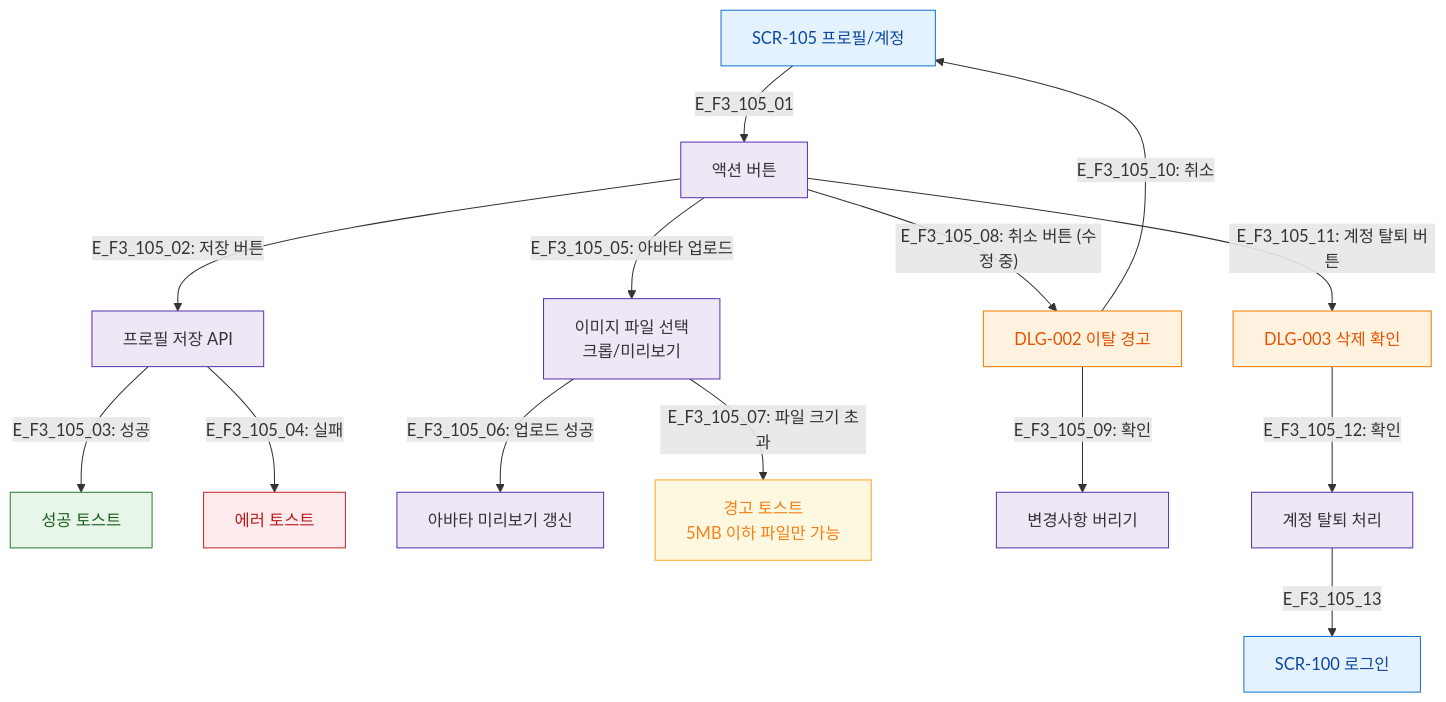
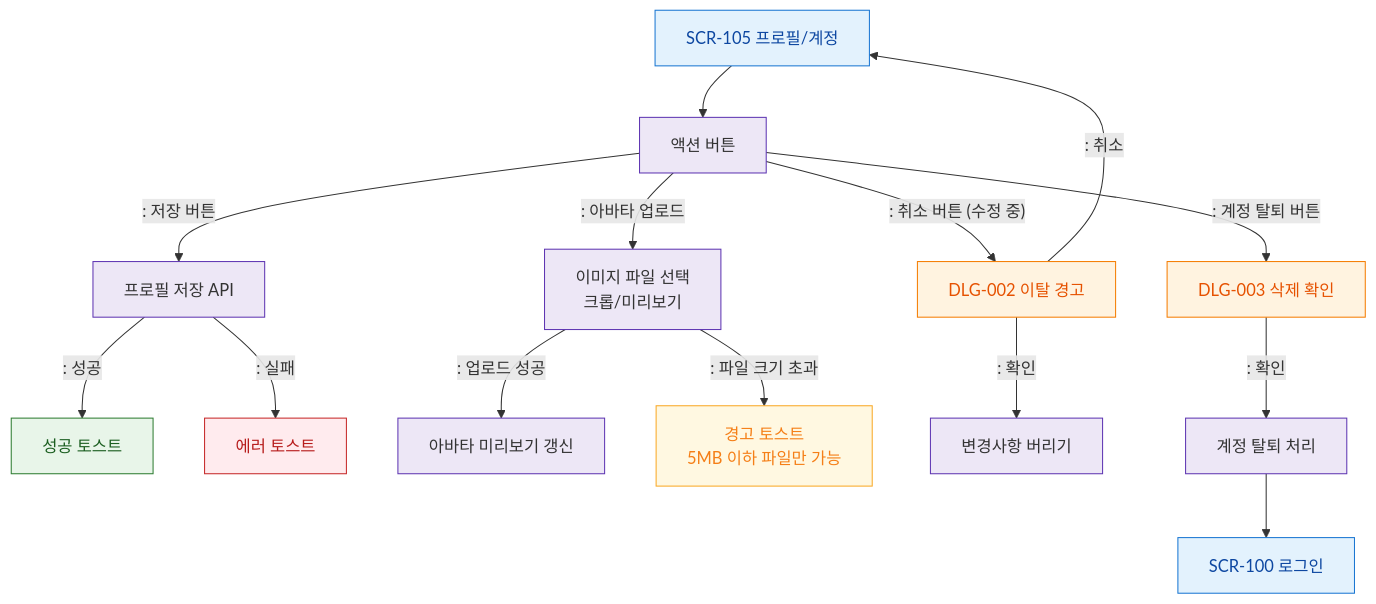
Before and after one commit to dev-spogym/admin-pando: the diagram in docs/다이어그램/D01_공통/SCR-105_프로필_계정/F3_버튼액션.md, drawn with Mermaid. The commit also changed other lines of this file and 1660 other files, not shown here.

First line of the commit message:
다이어그램: 기획자/클라이언트 납품본으로 정리

````diff
--- a/docs/다이어그램/D01_공통/SCR-105_프로필_계정/F3_버튼액션.md
+++ b/docs/다이어그램/D01_공통/SCR-105_프로필_계정/F3_버튼액션.md
@@ -19,33 +17,33 @@
 ```mermaid
 flowchart TD
-    SCR_105[SCR-105 프로필/계정] -->|E_F3_105_01| ACTIONS[액션 버튼]
+    SCR_105[SCR-105 프로필/계정] --> ACTIONS[액션 버튼]
 
-    ACTIONS -->|"E_F3_105_02: 저장 버튼"| SAVE_API[프로필 저장 API]
-    SAVE_API -->|"E_F3_105_03: 성공"| SUCCESS_TOAST[성공 토스트]
-    SAVE_API -->|"E_F3_105_04: 실패"| ERR_TOAST[에러 토스트]
+    ACTIONS -->|": 저장 버튼"|SAVE_API[프로필 저장 API]
+    SAVE_API -->|": 성공"|SUCCESS_TOAST[성공 토스트]
+    SAVE_API -->|": 실패"|ERR_TOAST[에러 토스트]
 
-    ACTIONS -->|"E_F3_105_05: 아바타 업로드"| UPLOAD[이미지 파일 선택\n크롭/미리보기]
-    UPLOAD -->|"E_F3_105_06: 업로드 성공"| PREVIEW[아바타 미리보기 갱신]
-    UPLOAD -->|"E_F3_105_07: 파일 크기 초과"| WARN_TOAST[경고 토스트\n5MB 이하 파일만 가능]
+    ACTIONS -->|": 아바타 업로드"|UPLOAD[이미지 파일 선택\n크롭/미리보기]
+    UPLOAD -->|": 업로드 성공"|PREVIEW[아바타 미리보기 갱신]
+    UPLOAD -->|": 파일 크기 초과"|WARN_TOAST[경고 토스트\n5MB 이하 파일만 가능]
 
-    ACTIONS -->|"E_F3_105_08: 취소 버튼 (수정 중)"| DLG_002[DLG-002 이탈 경고]
-    DLG_002 -->|"E_F3_105_09: 확인"| DISCARD[변경사항 버리기]
-    DLG_002 -->|"E_F3_105_10: 취소"| SCR_105
+    ACTIONS -->|": 취소 버튼 (수정 중)"|DLG_002[DLG-002 이탈 경고]
+    DLG_002 -->|": 확인"|DISCARD[변경사항 버리기]
+    DLG_002 -->|": 취소"|SCR_105
 
-    ACTIONS -->|"E_F3_105_11: 계정 탈퇴 버튼"| DLG_003[DLG-003 삭제 확인]
-    DLG_003 -->|"E_F3_105_12: 확인"| WITHDRAW[계정 탈퇴 처리]
-    WITHDRAW -->|E_F3_105_13| SCR_100[SCR-100 로그인]
+    ACTIONS -->|": 계정 탈퇴 버튼"|DLG_003[DLG-003 삭제 확인]
+    DLG_003 -->|": 확인"|WITHDRAW[계정 탈퇴 처리]
+    WITHDRAW --> SCR_100[SCR-100 로그인]
 
-    classDef screen  fill:#E3F2FD,stroke:#1976D2,color:#0D47A1
-    classDef modal   fill:#FFF3E0,stroke:#F57C00,color:#E65100
-    classDef system  fill:#EDE7F6,stroke:#5E35B2
+    classDef screen fill:#E3F2FD,stroke:#1976D2,color:#0D47A1
+    classDef modal fill:#FFF3E0,stroke:#F57C00,color:#E65100
+    classDef system fill:#EDE7F6,stroke:#5E35B2
     classDef success fill:#E8F5E9,stroke:#2E7D32,color:#1B5E20
-    classDef error   fill:#FFEBEE,stroke:#C62828,color:#B71C1C
+    classDef error fill:#FFEBEE,stroke:#C62828,color:#B71C1C
     classDef warning fill:#FFF8E1,stroke:#F9A825,color:#F57F17
     class SCR_105,SCR_100 screen
     class DLG_002,DLG_003 modal
     class ACTIONS,SAVE_API,UPLOAD,PREVIEW,DISCARD,WITHDRAW system
     class SUCCESS_TOAST success
     class ERR_TOAST error
     class WARN_TOAST warning
 ```
````
